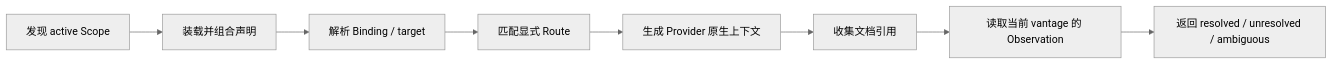
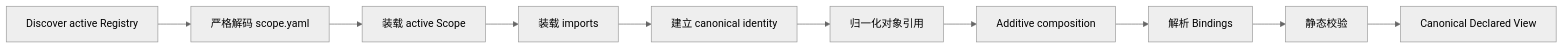
One commit to SWdrift/locus-link changed the second of 4 diagrams in documents/design/系统设计.md. Above: the diagram before and after it, drawn with Mermaid (neutral theme). The commit also changed other lines of this file and 17 other files, not shown here.

````diff
--- a/documents/design/系统设计.md
+++ b/documents/design/系统设计.md
@@ -48,10 +93,12 @@
 ```mermaid
 flowchart LR
-    A[发现 active Scope] --> B[装载并组合声明]
-    B --> C[解析 Binding / target]
-    C --> D[匹配显式 Route]
-    D --> E[生成 Provider 原生上下文]
-    E --> F[收集文档引用]
-    F --> G[读取当前 vantage 的 Observation]
-    G --> H[返回 resolved / unresolved / ambiguous]
+    A["Discover active Registry"] --> B["严格解码 scope.yaml"]
+    B --> C["装载 active Scope"]
+    C --> D["装载 imports"]
+    D --> E["建立 canonical identity"]
+    E --> F["归一化对象引用"]
+    F --> G["Additive composition"]
+    G --> H["解析 Bindings"]
+    H --> I["静态校验"]
+    I --> J["Canonical Declared View"]
 ```
````
